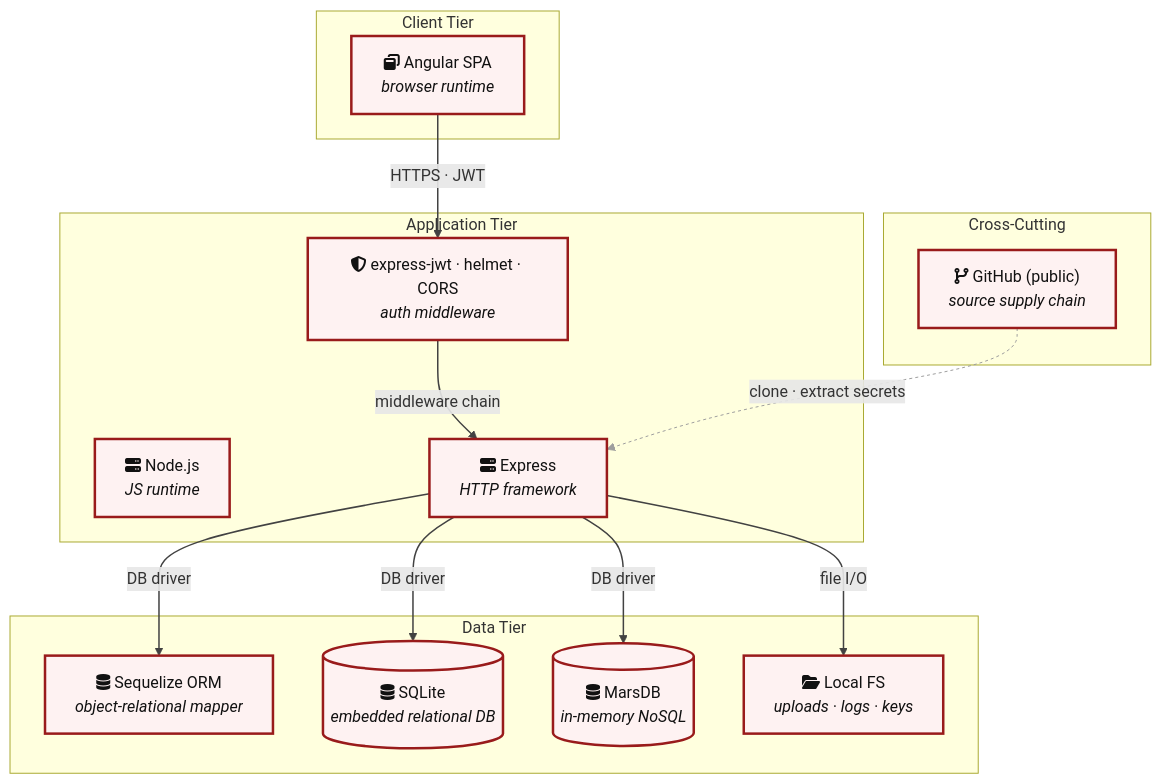
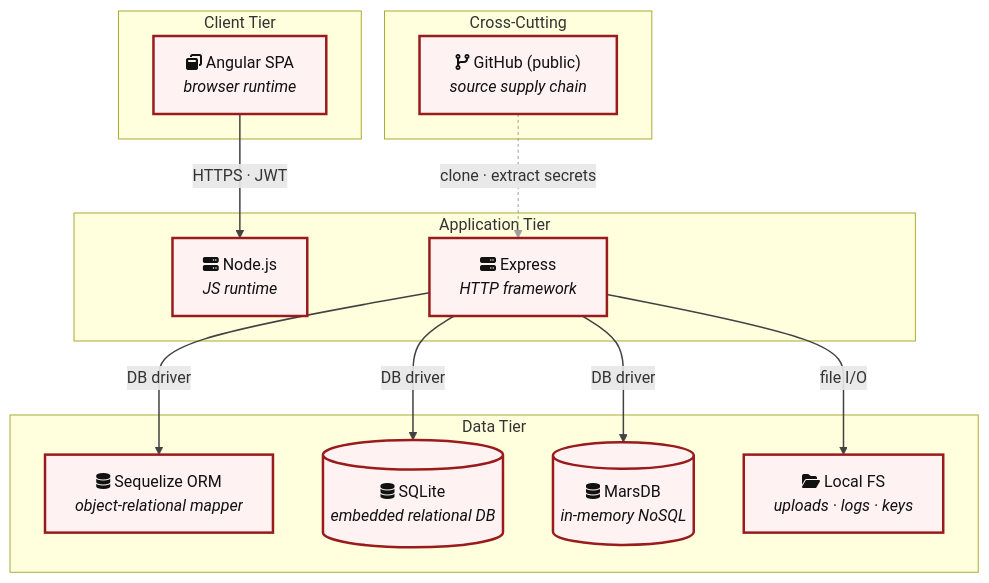
The seventh of 18 diagrams in examples/threat-modeler/threat-model-juice-shop-standard.md (appsec-foundry/appsec-advisor), drawn with Mermaid before and after one commit. The commit also changed other lines of this file and 44 other files, not shown here.

````diff
--- a/examples/threat-modeler/threat-model-juice-shop-standard.md
+++ b/examples/threat-modeler/threat-model-juice-shop-standard.md
@@ -456,32 +451,30 @@
 ```mermaid
 flowchart TD
     subgraph CLIENT["Client Tier"]
         FE_ANGULAR["fa:fa-window-restore Angular SPA<br/><i>browser runtime</i>"]:::risk
     end
     subgraph APP["Application Tier"]
         RUNTIME["fa:fa-server Node.js<br/><i>JS runtime</i>"]:::risk
         EXPRESS["fa:fa-server Express<br/><i>HTTP framework</i>"]:::risk
-        AUTH_MW["fa:fa-shield-halved express-jwt · helmet · CORS<br/><i>auth middleware</i>"]:::risk
     end
     subgraph DATA["Data Tier"]
         ORM["fa:fa-database Sequelize ORM<br/><i>object-relational mapper</i>"]:::risk
         SQLITE[("fa:fa-database SQLite<br/><i>embedded relational DB</i>")]:::risk
         MARSDB[("fa:fa-database MarsDB<br/><i>in-memory NoSQL</i>")]:::risk
         LOCAL_FS["fa:fa-folder-open Local FS<br/><i>uploads · logs · keys</i>"]:::risk
     end
     subgraph INFRA["Cross-Cutting"]
         INFRA_SCM["fa:fa-code-branch GitHub (public)<br/><i>source supply chain</i>"]:::risk
     end
-    FE_ANGULAR -->|"HTTPS · JWT"| AUTH_MW
-    AUTH_MW -->|"middleware chain"| EXPRESS
+    FE_ANGULAR -->|"HTTPS · JWT"| RUNTIME
     EXPRESS -->|"DB driver"| ORM
     EXPRESS -->|"DB driver"| SQLITE
     EXPRESS -->|"DB driver"| MARSDB
     EXPRESS -->|"file I/O"| LOCAL_FS
     INFRA_SCM -.->|"clone · extract secrets"| EXPRESS
 
     classDef risk fill:#fef2f2,stroke:#991b1b,color:#111,stroke-width:2.5px
     classDef ok fill:#e8f1ea,stroke:#2e7d32,color:#1b5e20,stroke-width:1.5px
-    linkStyle 0,1,2,3,4,5 stroke:#424242,stroke-width:1.5px
-    linkStyle 6 stroke:#9e9e9e,stroke-width:1px,stroke-dasharray:3 3
+    linkStyle 0,1,2,3,4 stroke:#424242,stroke-width:1.5px
+    linkStyle 5 stroke:#9e9e9e,stroke-width:1px,stroke-dasharray:3 3
 ```
````
